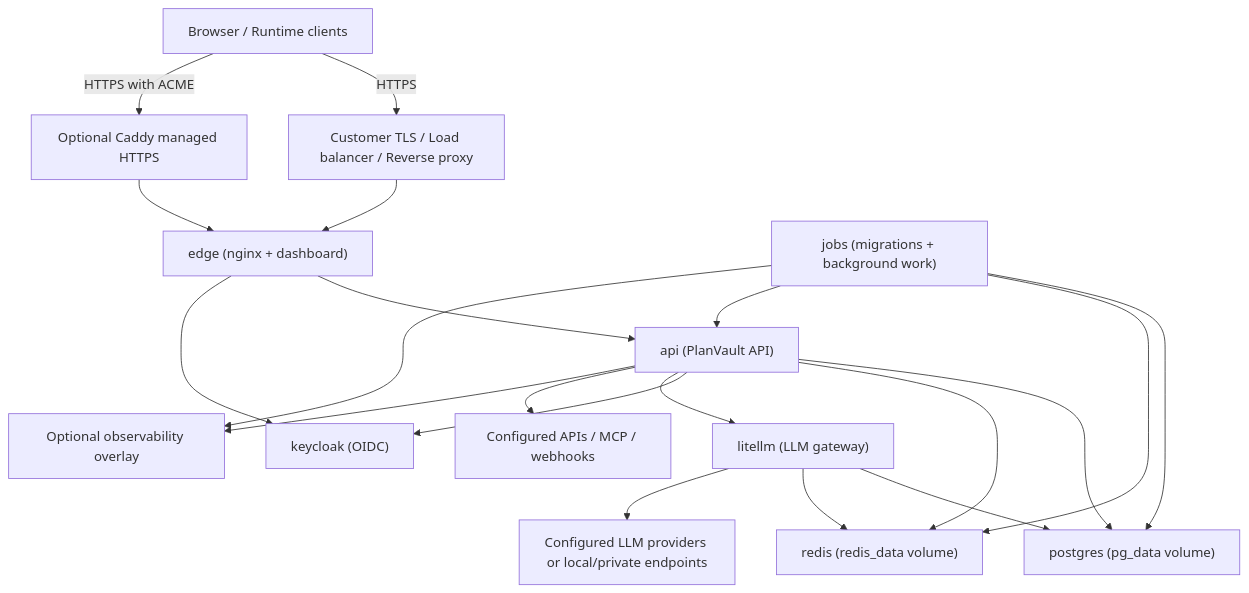
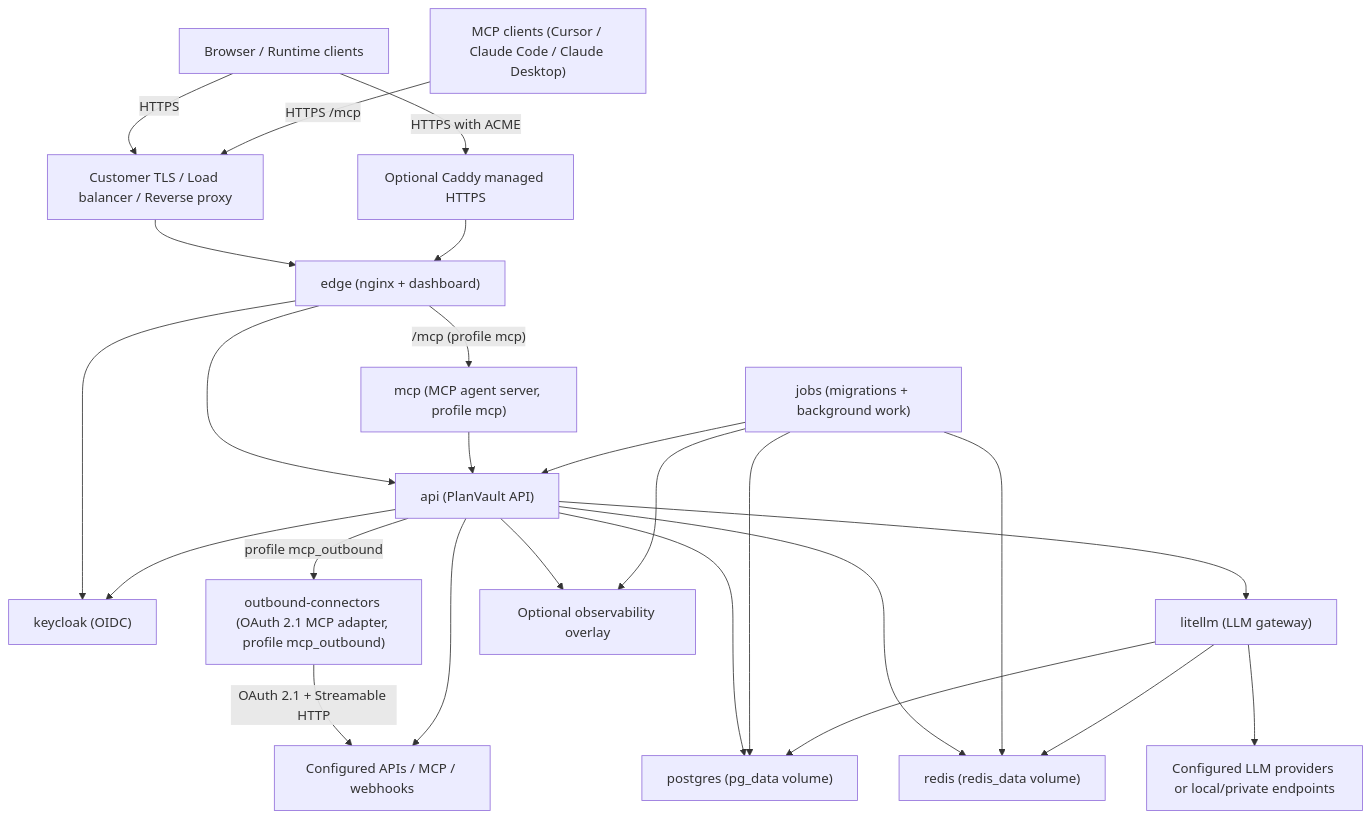
The diagram in docs/production-topology.md (PlanVault/self-hosted), drawn with Mermaid before and after one commit. The commit also changed other lines of this file and 18 other files, not shown here.

Commit message:
feat(self-hosted): add mcp / mcp_outbound profiles (0.1.37)

````diff
--- a/docs/production-topology.md
+++ b/docs/production-topology.md
@@ -11,36 +11,44 @@
 ```mermaid
 flowchart TD
   browser["Browser / Runtime clients"]
   ingress["Customer TLS / Load balancer / Reverse proxy"]
   caddy["Optional Caddy managed HTTPS"]
   edge["edge (nginx + dashboard)"]
   api["api (PlanVault API)"]
   jobs["jobs (migrations + background work)"]
   keycloak["keycloak (OIDC)"]
   litellm["litellm (LLM gateway)"]
+  mcp["mcp (MCP agent server, profile mcp)"]
+  outbound["outbound-connectors (OAuth 2.1 MCP adapter, profile mcp_outbound)"]
+  mcpClients["MCP clients (Cursor / Claude Code / Claude Desktop)"]
   postgres["postgres (pg_data volume)"]
   redis["redis (redis_data volume)"]
   observability["Optional observability overlay"]
   externalApis["Configured APIs / MCP / webhooks"]
   modelBackends["Configured LLM providers or local/private endpoints"]
 
   browser -->|"HTTPS"| ingress
   ingress --> edge
   browser -->|"HTTPS with ACME"| caddy
   caddy --> edge
   edge --> api
   edge --> keycloak
+  mcpClients -->|"HTTPS /mcp"| ingress
+  edge -->|"/mcp (profile mcp)"| mcp
+  mcp --> api
+  api -->|"profile mcp_outbound"| outbound
+  outbound -->|"OAuth 2.1 + Streamable HTTP"| externalApis
   api --> postgres
   api --> redis
   api --> keycloak
   api --> litellm
   jobs --> postgres
   jobs --> redis
   jobs --> api
   litellm --> postgres
   litellm --> redis
   litellm --> modelBackends
   api --> externalApis
   api --> observability
   jobs --> observability
 ```
````
